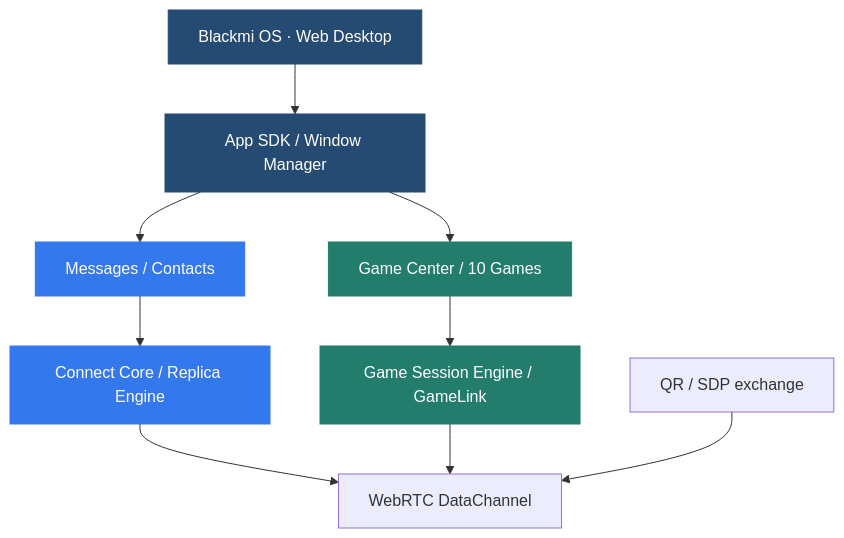
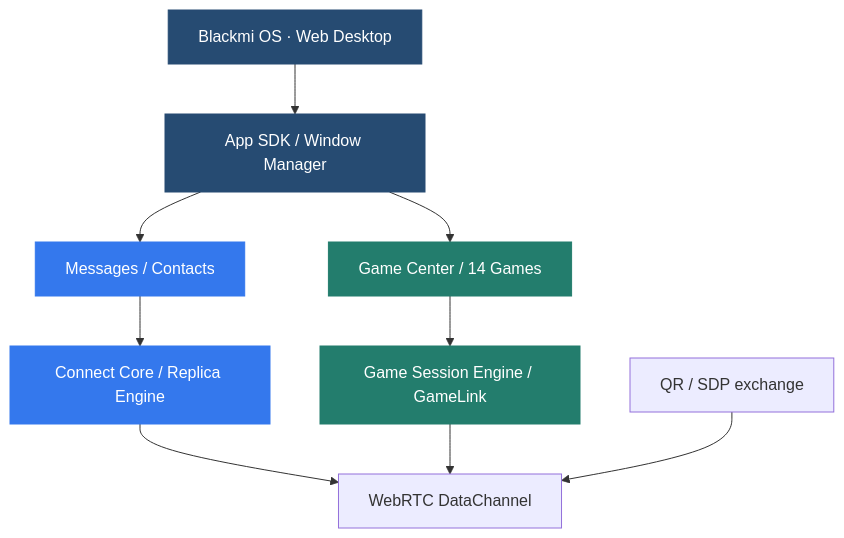
The fourth of 4 diagrams in README.md (xiaoblackmi/Blackmi-os), drawn with Mermaid before and after one commit. The commit also changed other lines of this file, not shown here.

````diff
--- a/README.md
+++ b/README.md
@@ -254,17 +286,17 @@
 ```mermaid
 flowchart TD
     A["Blackmi OS · Web Desktop"] --> B["App SDK / Window Manager"]
     B --> C["Messages / Contacts"]
-    B --> D["Game Center / 10 Games"]
+    B --> D["Game Center / 14 Games"]
     C --> E["Connect Core / Replica Engine"]
     D --> F["Game Session Engine / GameLink"]
     E --> G["WebRTC DataChannel"]
     F --> G
     H["QR / SDP exchange"] --> G
     classDef shell fill:#264b72,color:#fff,stroke:#264b72
     classDef chat fill:#3478ed,color:#fff,stroke:#3478ed
     classDef game fill:#237d6d,color:#fff,stroke:#237d6d
     class A,B shell
     class C,E chat
     class D,F game
 ```
````
